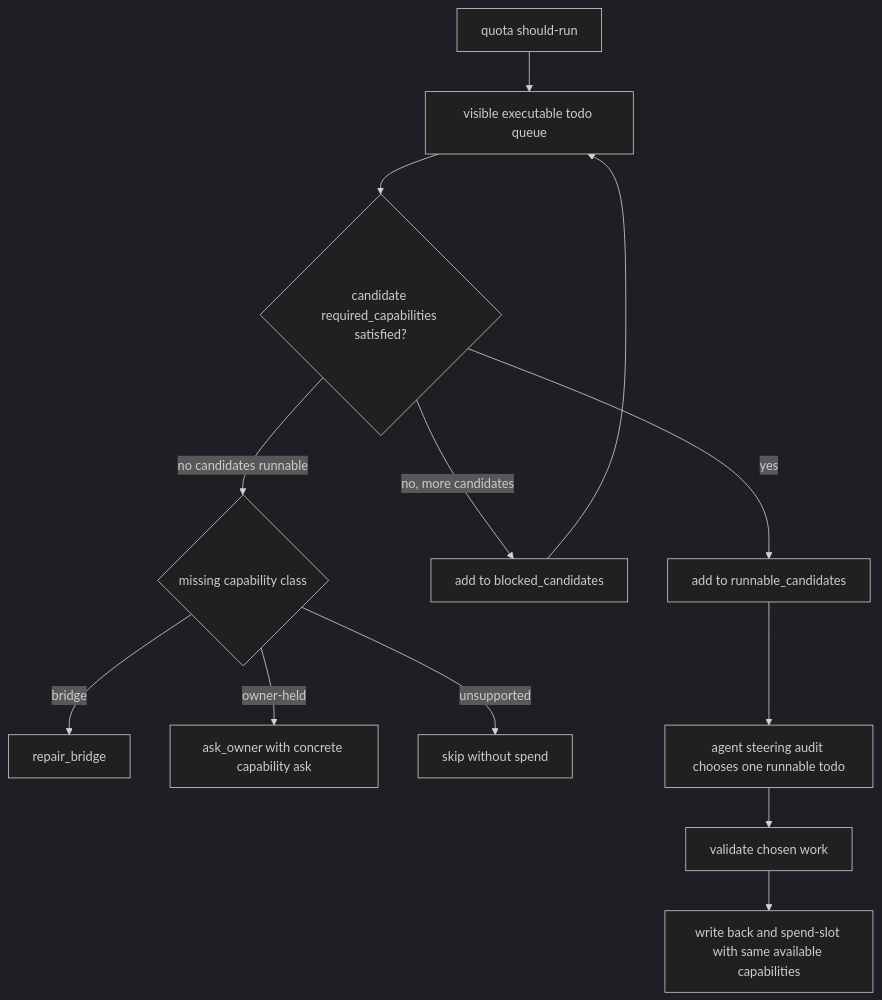
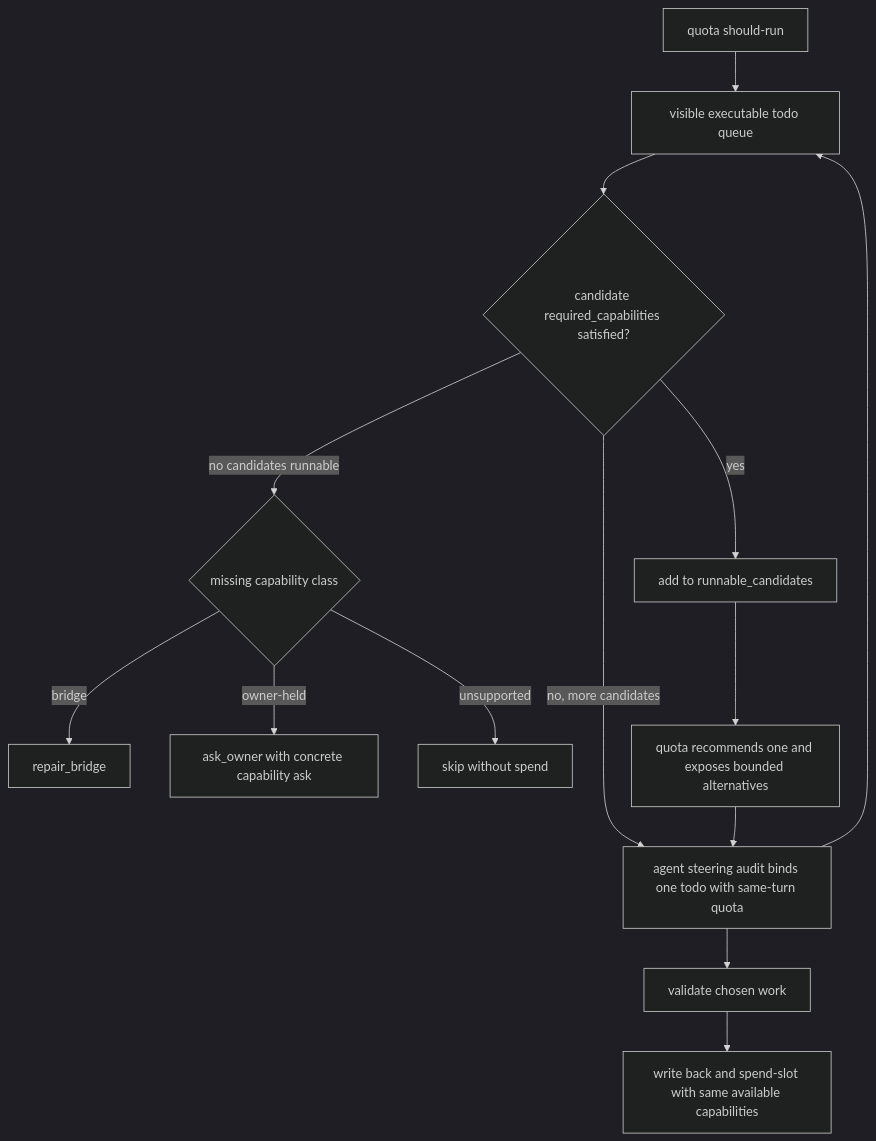
Before and after one commit to huangruiteng/goal-harness: the seventh of 31 diagrams in docs/concepts/interaction-pattern-catalog.md, drawn with Mermaid (dark theme). The commit also changed other lines of this file and 3 other files, not shown here.

Commit message:
docs(control-plane): disclose bounded agent selection

````diff
--- a/docs/concepts/interaction-pattern-catalog.md
+++ b/docs/concepts/interaction-pattern-catalog.md
@@ -706,15 +706,16 @@
 ```mermaid
 flowchart TD
   Q["quota should-run"] --> E["visible executable todo queue"]
   E --> C{"candidate required_capabilities satisfied?"}
   C -->|"yes"| R["add to runnable_candidates"]
   C -->|"no, more candidates"| B["add to blocked_candidates"]
   B --> E
   C -->|"no candidates runnable"| M{"missing capability class"}
   M -->|"bridge"| P["repair_bridge"]
   M -->|"owner-held"| U["ask_owner with concrete capability ask"]
   M -->|"unsupported"| S["skip without spend"]
-  R --> A["agent steering audit chooses one runnable todo"]
-  A --> V["validate chosen work"]
+  R --> A["quota recommends one and exposes bounded alternatives"]
+  A --> B["agent steering audit binds one todo with same-turn quota"]
+  B --> V["validate chosen work"]
   V --> W["write back and spend-slot with same available capabilities"]
 ```
````
